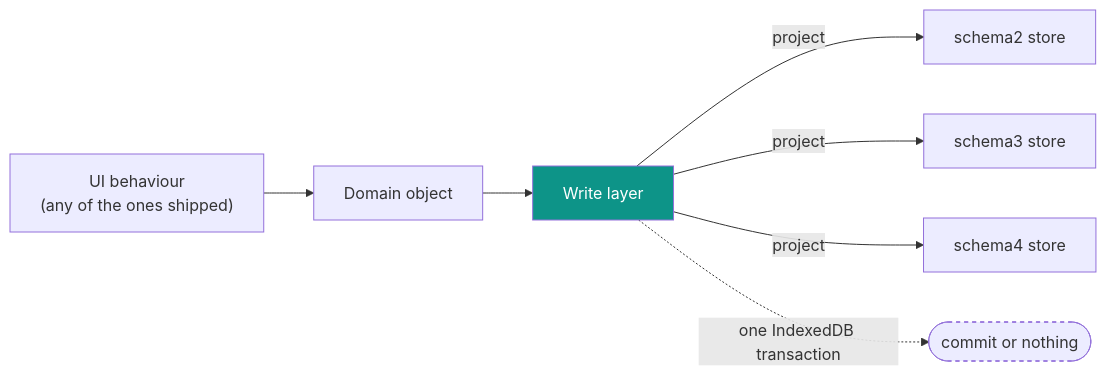
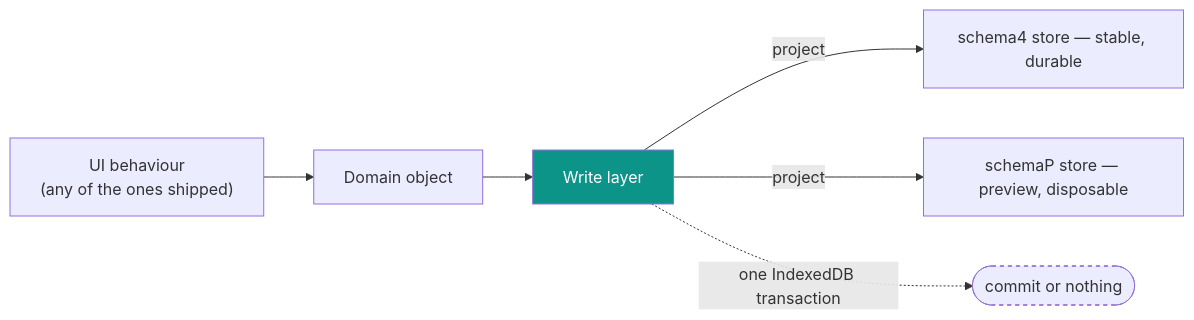
The fourth of 4 diagrams in docs/DATA_MODEL.md (stutek/LibrePT), drawn with Mermaid before and after one commit. The commit also changed other lines of this file and 12 other files, not shown here.

````diff
--- a/docs/DATA_MODEL.md
+++ b/docs/DATA_MODEL.md
@@ -453,12 +455,11 @@
 ```mermaid
 flowchart LR
     UI["UI behaviour<br/>(any of the ones shipped)"] --> D["Domain object"]
     D --> W["Write layer"]
-    W -->|project| S2["schema2 store"]
-    W -->|project| S3["schema3 store"]
-    W -->|project| S4["schema4 store"]
+    W -->|project| S4["schema4 store — stable, durable"]
+    W -->|project| SP["schemaP store — preview, disposable"]
     W -.->|"one IndexedDB transaction"| TX(["commit or nothing"])
 
     style W fill:#0d9488,color:#fff
     style TX stroke-dasharray: 4 4
 ```
````
